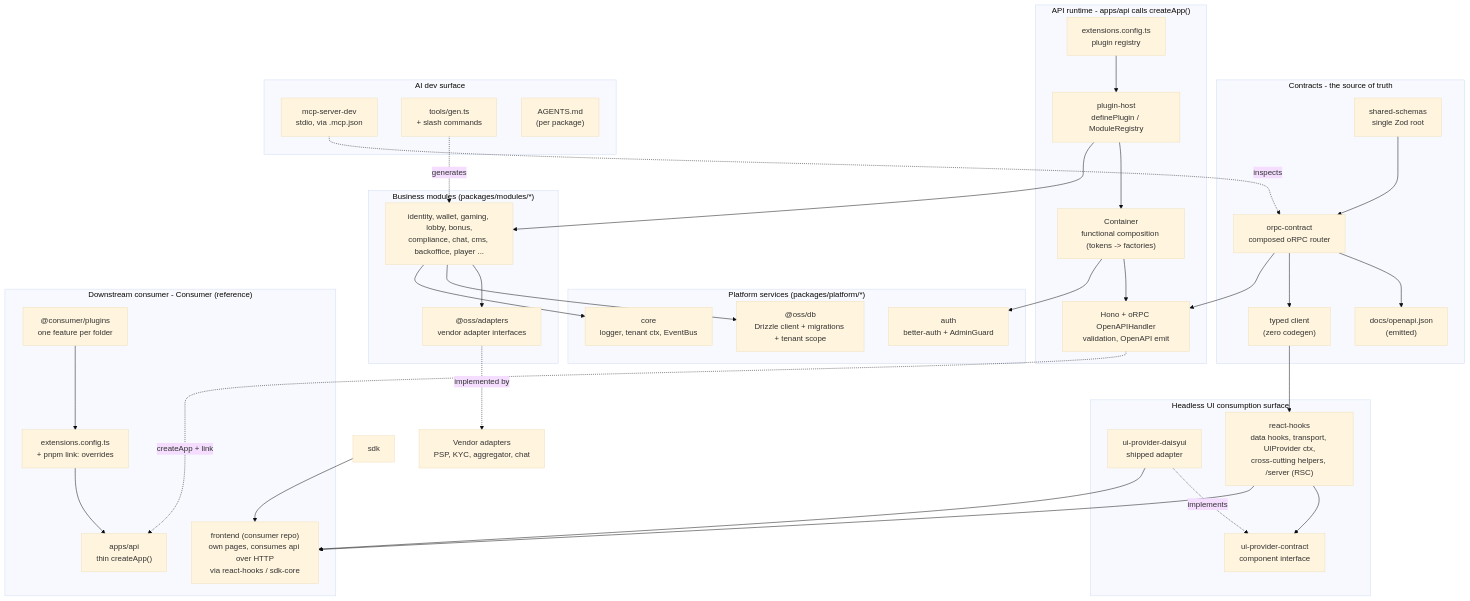
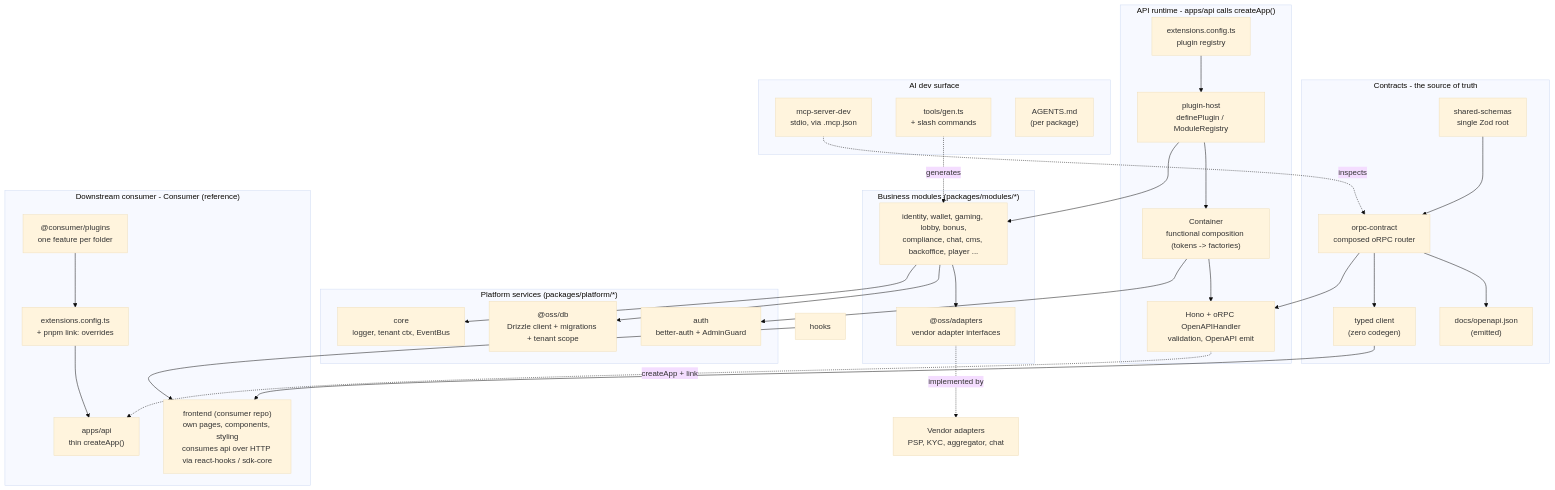
Before and after one commit to blurifycom/openora: the first of 2 diagrams in docs/architecture.md, drawn with Mermaid (base theme). The commit also changed other lines of this file and 45 other files, not shown here.

First line of the commit message:
feat(react-hooks): add PAM admin hooks; remove UI provider packages

````diff
--- a/docs/architecture.md
+++ b/docs/architecture.md
@@ -12,73 +12,63 @@
 ```mermaid
 flowchart TB
   subgraph contracts["Contracts - the source of truth"]
     zod["shared-schemas<br/>single Zod root"]
     orpc["orpc-contract<br/>composed oRPC router"]
     openapi["docs/openapi.json<br/>(emitted)"]
     client["typed client<br/>(zero codegen)"]
     zod --> orpc
     orpc --> openapi
     orpc --> client
   end
 
   subgraph runtime["API runtime - apps/api calls createApp()"]
     cfg["extensions.config.ts<br/>plugin registry"]
     host["plugin-host<br/>definePlugin / ModuleRegistry"]
     container["Container<br/>functional composition (tokens -> factories)"]
     hono["Hono + oRPC OpenAPIHandler<br/>validation, OpenAPI emit"]
     cfg --> host
     host --> container
     container --> hono
     orpc --> hono
   end
 
   subgraph platform["Platform services (packages/platform/*)"]
     db["@oss/db<br/>Drizzle client + migrations + tenant scope"]
     auth["auth<br/>better-auth + AdminGuard"]
     core["core<br/>logger, tenant ctx, EventBus"]
   end
 
   subgraph modules["Business modules (packages/modules/*)"]
     mod["identity, wallet, gaming, lobby, bonus,<br/>compliance, chat, cms, backoffice, player ..."]
     adapters["@oss/adapters<br/>vendor adapter interfaces"]
     mod --> adapters
   end
 
   vendor["Vendor adapters<br/>PSP, KYC, aggregator, chat"]
 
   host --> mod
   container --> auth
   mod --> db
   mod --> core
   adapters -. implemented by .-> vendor
 
-  subgraph ui["Headless UI consumption surface"]
-    uic["ui-provider-contract<br/>component interface"]
-    shad["ui-provider-daisyui<br/>shipped adapter"]
-    hooks["react-hooks<br/>data hooks, transport, UIProvider ctx,<br/>cross-cutting helpers, /server (RSC)"]
-    shad -. implements .-> uic
-    hooks --> uic
-  end
-  client --> hooks
-
   subgraph consumer["Downstream consumer - Consumer (reference)"]
     bapi["apps/api<br/>thin createApp()"]
-    bfront["frontend (consumer repo)<br/>own pages, consumes api over HTTP<br/>via react-hooks / sdk-core"]
+    bfront["frontend (consumer repo)<br/>own pages, components, styling<br/>consumes api over HTTP via react-hooks / sdk-core"]
     bplug["@consumer/plugins<br/>one feature per folder"]
     bcfg["extensions.config.ts<br/>+ pnpm link: overrides"]
     bplug --> bcfg
     bcfg --> bapi
   end
   hono -. createApp + link .-> bapi
-  sdk --> bfront
+  client --> bfront
   hooks --> bfront
-  shad --> bfront
 
   subgraph ai["AI dev surface"]
     mcp["mcp-server-dev<br/>stdio, via .mcp.json"]
     scaffold["tools/gen.ts<br/>+ slash commands"]
     agentsmd["AGENTS.md<br/>(per package)"]
   end
   mcp -. inspects .-> orpc
   scaffold -. generates .-> mod
 ```
````
